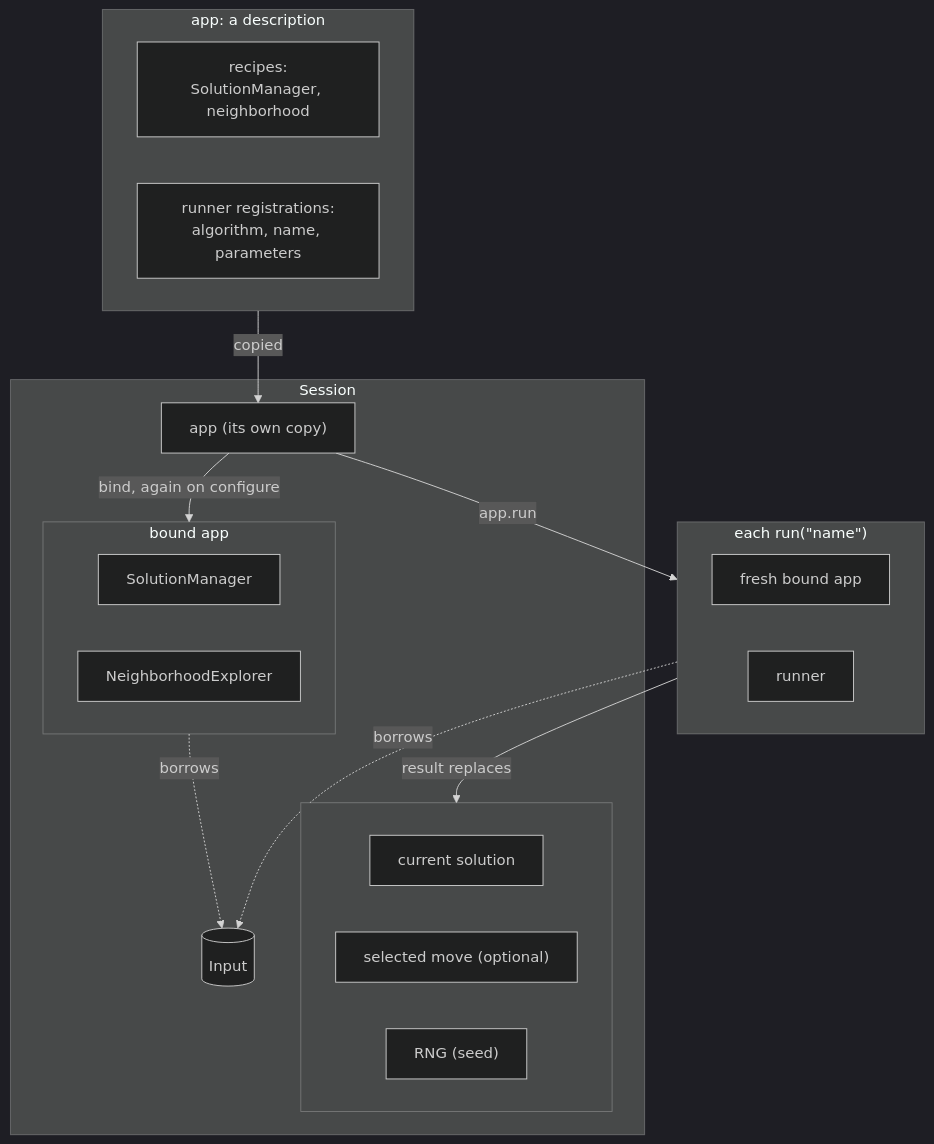
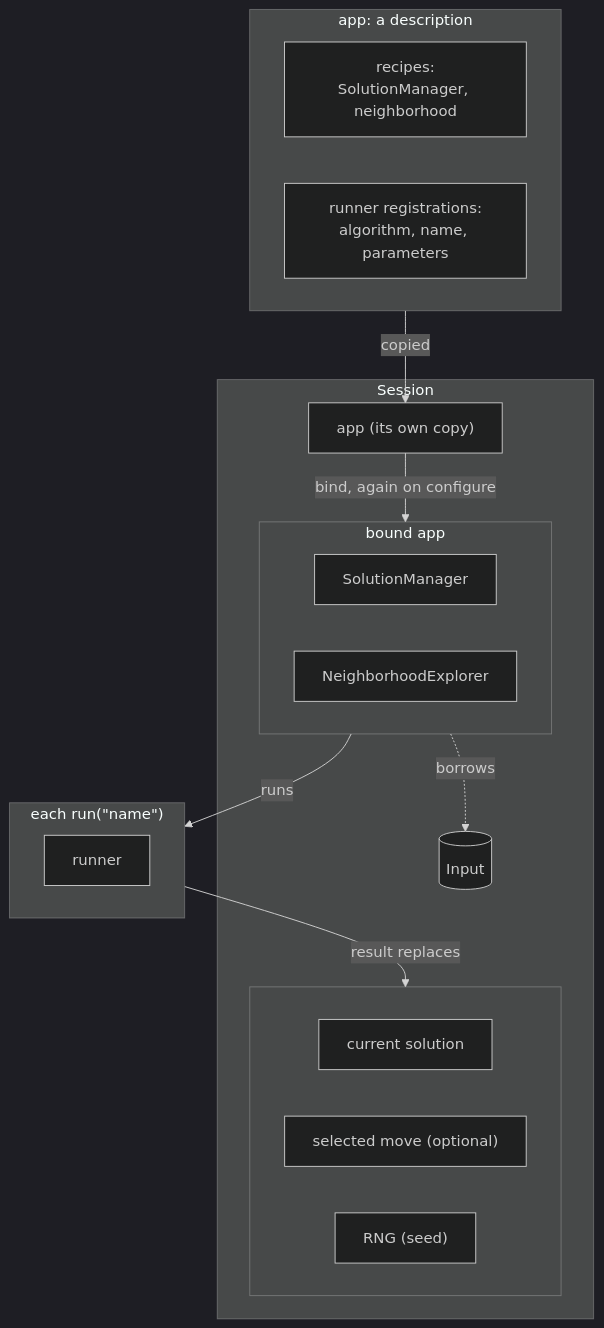
Before and after one commit to iolab-uniud/easylocal: the first of 2 diagrams in docs/reference/app-and-tools.md, drawn with Mermaid (dark theme). The commit also changed other lines of this file and 4 other files, not shown here.

First line of the commit message:
perf(app): Session::run runs on the bound app the session holds

````diff
--- a/docs/reference/app-and-tools.md
+++ b/docs/reference/app-and-tools.md
@@ -323,34 +323,31 @@
 ```mermaid
 flowchart TB
     subgraph app["app: a description"]
         direction LR
         recipes["recipes:<br/>SolutionManager, neighborhood"]
         regs["runner registrations:<br/>algorithm, name, parameters"]
     end
     subgraph session["Session"]
         copy["app (its own copy)"]
         subgraph bound["bound app"]
             direction LR
             sm["SolutionManager"]
             nhe["NeighborhoodExplorer"]
         end
         input[("Input")]
         subgraph state[" "]
             direction LR
             sol["current solution"]
             move["selected move (optional)"]
             rng["RNG (seed)"]
         end
     end
-    subgraph fresh["each run(&quot;name&quot;)"]
-        direction LR
-        fbound["fresh bound app"]
+    subgraph each["each run(&quot;name&quot;)"]
         runner["runner"]
     end
     app -- copied --> copy
     copy -- "bind, again on configure" --> bound
-    copy -- "app.run" --> fresh
+    bound -- "runs" --> each
     bound -. borrows .-> input
-    fresh -. borrows .-> input
-    fresh -- "result replaces" --> sol
+    each -- "result replaces" --> sol
 ```
````
